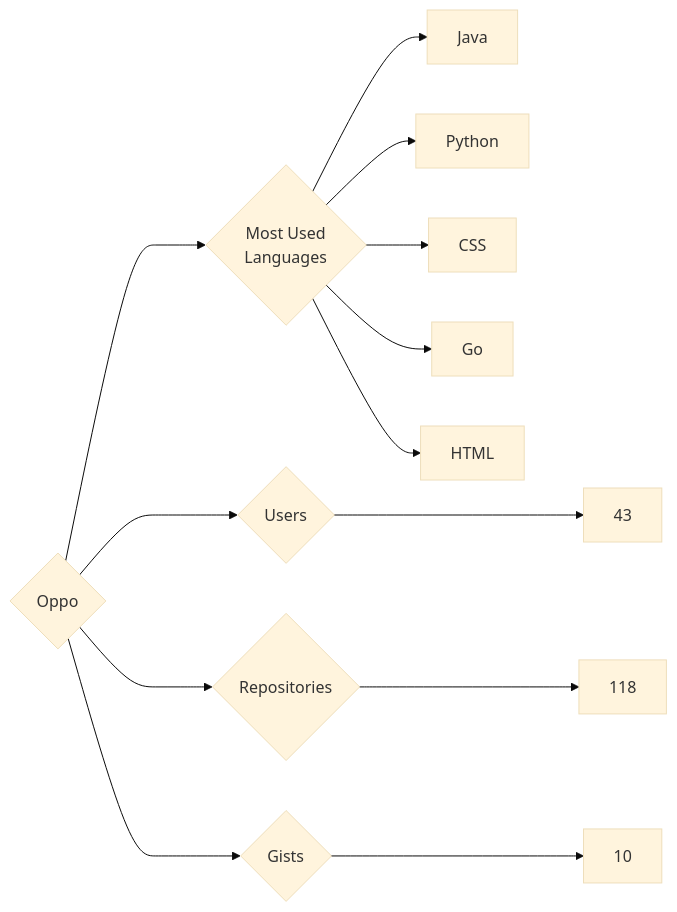
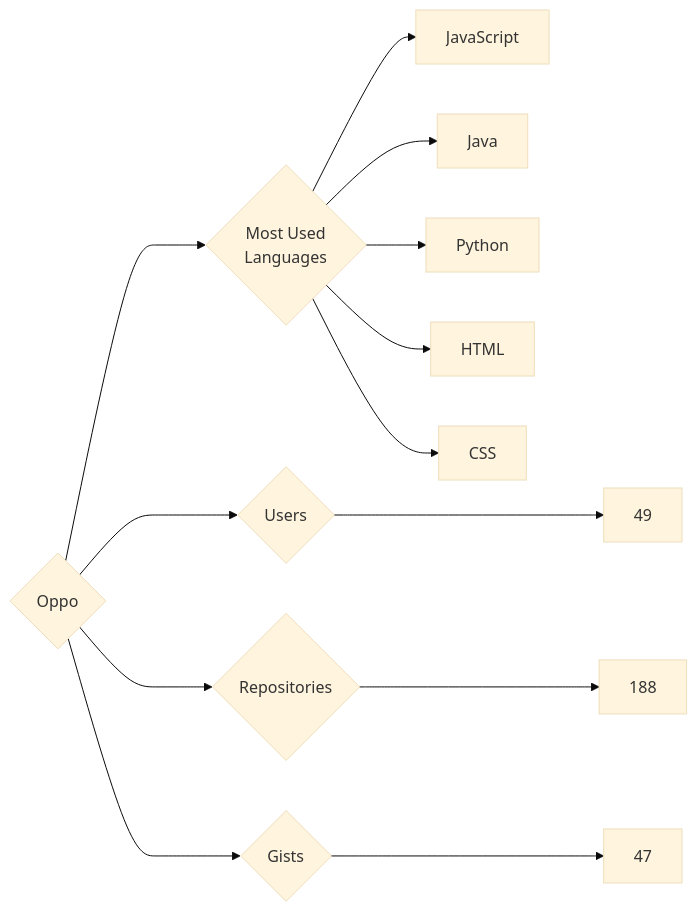
The diagram in targets/Oppo/README.md (trickest/insiders), drawn with Mermaid (base theme) before and after one commit. The commit also changed 860 other files, not shown here.

````diff
--- a/targets/Oppo/README.md
+++ b/targets/Oppo/README.md
@@ -3,13 +3,13 @@
 ```mermaid
 graph LR
 COMPANY_NAME{Oppo}
-COMPANY_NAME ---> U{Users} ---> UN[43]
-COMPANY_NAME ---> R{Repositories} ---> RN[118]
-COMPANY_NAME ---> G{Gists} ---> GN[10]
+COMPANY_NAME ---> U{Users} ---> UN[49]
+COMPANY_NAME ---> R{Repositories} ---> RN[188]
+COMPANY_NAME ---> G{Gists} ---> GN[47]
 COMPANY_NAME ---> ML{Most Used<br>Languages}
+ML --> JavaScript[JavaScript]
 ML --> Java[Java]
 ML --> Python[Python]
+ML --> HTML[HTML]
 ML --> CSS[CSS]
-ML --> Go[Go]
-ML --> HTML[HTML]
 ```
````
